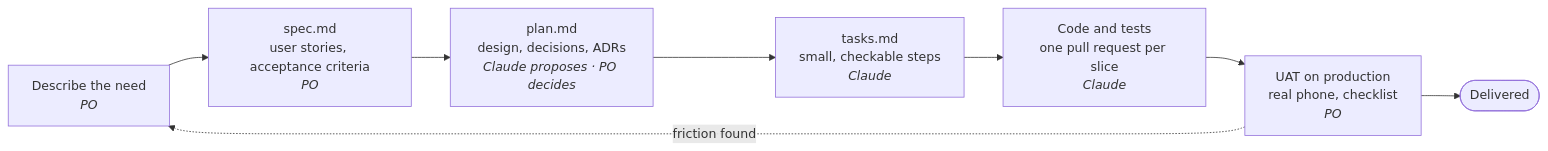
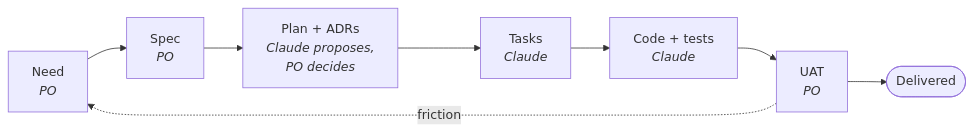
Before and after one commit to AlexLeQc/SprintYourLife: the diagram in README.md, drawn with Mermaid. The commit also changed other lines of this file, not shown here.

Commit message:
docs(003): T01 shorter cycle diagram + step table

````diff
--- a/README.md
+++ b/README.md
@@ -32,10 +32,10 @@
 ```mermaid
 flowchart LR
-    A["Describe the need<br/><i>PO</i>"] --> B["spec.md<br/>user stories, acceptance criteria<br/><i>PO</i>"]
-    B --> C["plan.md<br/>design, decisions, ADRs<br/><i>Claude proposes · PO decides</i>"]
-    C --> D["tasks.md<br/>small, checkable steps<br/><i>Claude</i>"]
-    D --> E["Code and tests<br/>one pull request per slice<br/><i>Claude</i>"]
-    E --> F["UAT on production<br/>real phone, checklist<br/><i>PO</i>"]
+    A["Need<br/><i>PO</i>"] --> B["Spec<br/><i>PO</i>"]
+    B --> C["Plan + ADRs<br/><i>Claude proposes,<br/>PO decides</i>"]
+    C --> D["Tasks<br/><i>Claude</i>"]
+    D --> E["Code + tests<br/><i>Claude</i>"]
+    E --> F["UAT<br/><i>PO</i>"]
     F --> G(["Delivered"])
-    F -. friction found .-> A
+    F -. friction .-> A
 ```
````
